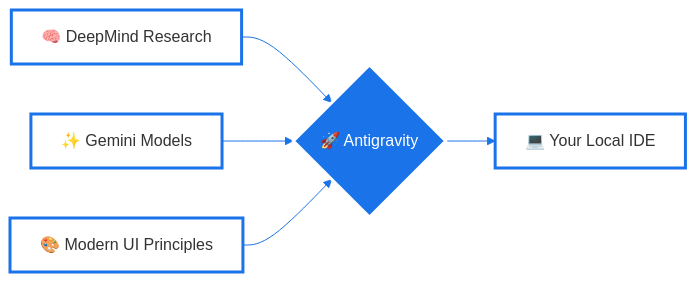
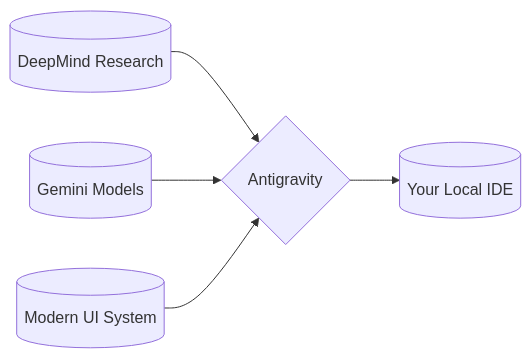
One commit to sinansoyalic-ai/Antigravity changed the fourth of 4 diagrams in Antigravity101.md. Above: the diagram before and after it, drawn with Mermaid. The commit also changed other lines of this file, not shown here.

````diff
--- a/Antigravity101.md
+++ b/Antigravity101.md
@@ -121,11 +111,7 @@
 ```mermaid
-%%{init: {'theme': 'base', 'themeVariables': { 'fontFamily': 'arial', 'primaryColor': '#E8F0FE', 'lineColor': '#1A73E8'}}}%%
 graph LR
-    classDef tech fill:#fff,stroke:#1A73E8,stroke-width:3px;
-    classDef core fill:#1A73E8,stroke:#fff,stroke-width:3px,color:#fff,rx:15px,ry:15px;
-
-    DeepMind["🧠 DeepMind Research"]:::tech --> Anti{"🚀 Antigravity"}:::core
-    Gemini["✨ Gemini Models"]:::tech --> Anti
-    GoogleDesign["🎨 Modern UI Principles"]:::tech --> Anti
-    Anti --> IDE["💻 Your Local IDE"]:::tech
+    DeepMind[(DeepMind Research)] --> Anti{Antigravity}
+    Gemini[(Gemini Models)] --> Anti
+    GoogleDesign[(Modern UI System)] --> Anti
+    Anti --> IDE[(Your Local IDE)]
 ```
````
